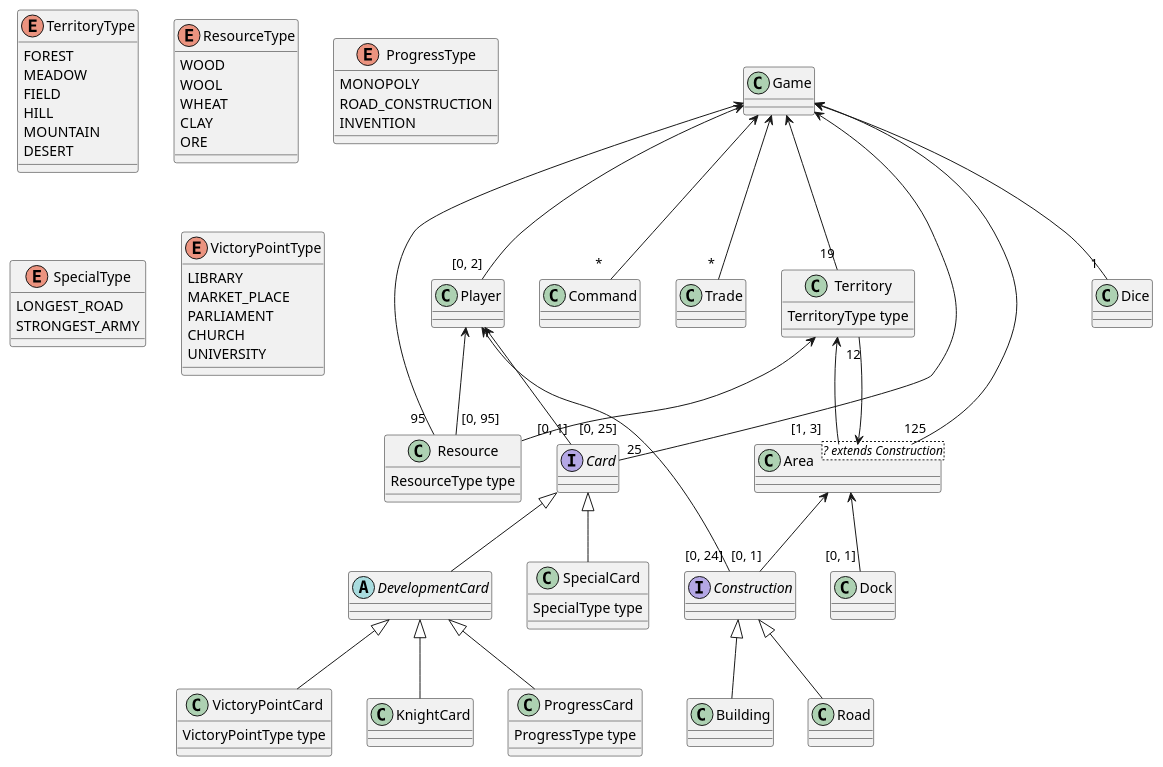
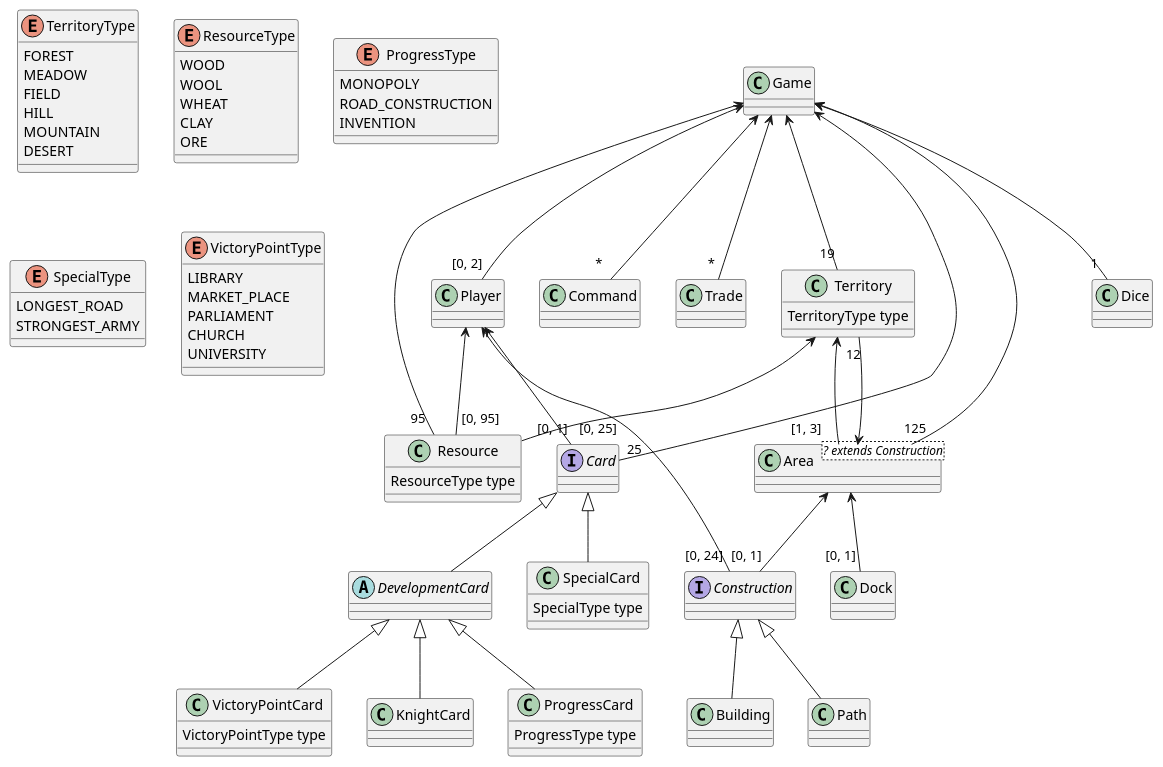
Before and after one commit to Bobinho44/PROJET_OOAD_M1: the diagram in catan-doc/modules/analyse/partials/CatanUMLDiagram.puml, drawn with PlantUML. The commit also changed 191 other files, not shown here.

```diff
--- a/catan-doc/modules/analyse/partials/CatanUMLDiagram.puml
+++ b/catan-doc/modules/analyse/partials/CatanUMLDiagram.puml
@@ -1,92 +1,92 @@
 @startuml
 
 enum TerritoryType {
   FOREST
   MEADOW
   FIELD
   HILL
   MOUNTAIN
   DESERT
 }
 
 class Territory {
   TerritoryType type
 }
 
 enum ResourceType {
   WOOD
   WOOL
   WHEAT
   CLAY
   ORE
 }
 
 class Resource {
   ResourceType type
 }
 
 enum ProgressType {
   MONOPOLY
   ROAD_CONSTRUCTION
   INVENTION
 }
 
 class ProgressCard {
   ProgressType type
 }
 
 enum SpecialType {
   LONGEST_ROAD
   STRONGEST_ARMY
 }
 
 class SpecialCard {
   SpecialType type
 }
 
 enum VictoryPointType {
   LIBRARY
   MARKET_PLACE
   PARLIAMENT
   CHURCH
   UNIVERSITY
 }
 
 class VictoryPointCard{
   VictoryPointType type
 }
 
 interface Card
 interface Construction
 abstract DevelopmentCard
 class Area <? extends Construction>
 
 Game <-- "                              *" Command
 Game <-- "            *" Trade
 Game <-- "25 " Card
 Game <-- "95 " Resource
 Game <-- "[0, 2]" Player
 Game <-- " 125" Area
 Game <-- "19" Territory
 Game <--  "            1" Dice
 
 
 Card <|-- DevelopmentCard
 Card <|-- SpecialCard
 
 DevelopmentCard <|-- ProgressCard
 DevelopmentCard <|-- VictoryPointCard
 DevelopmentCard <|-- KnightCard
 
 Area <-- "[0, 1]" Construction
 Construction <|-- Building
-Construction <|-- Road
+Construction <|-- Path
 
 Area <-- "12" Territory
 Player <-- "[0, 95]   " Resource
 Player <-- "[0, 24]" Construction
 Player <-- "  [0, 25]" Card
 Territory <-- "   [0, 1]" Resource
 Territory <-- "[1, 3]   " Area 
 Area <-- "[0, 1]" Dock
 @enduml
```
